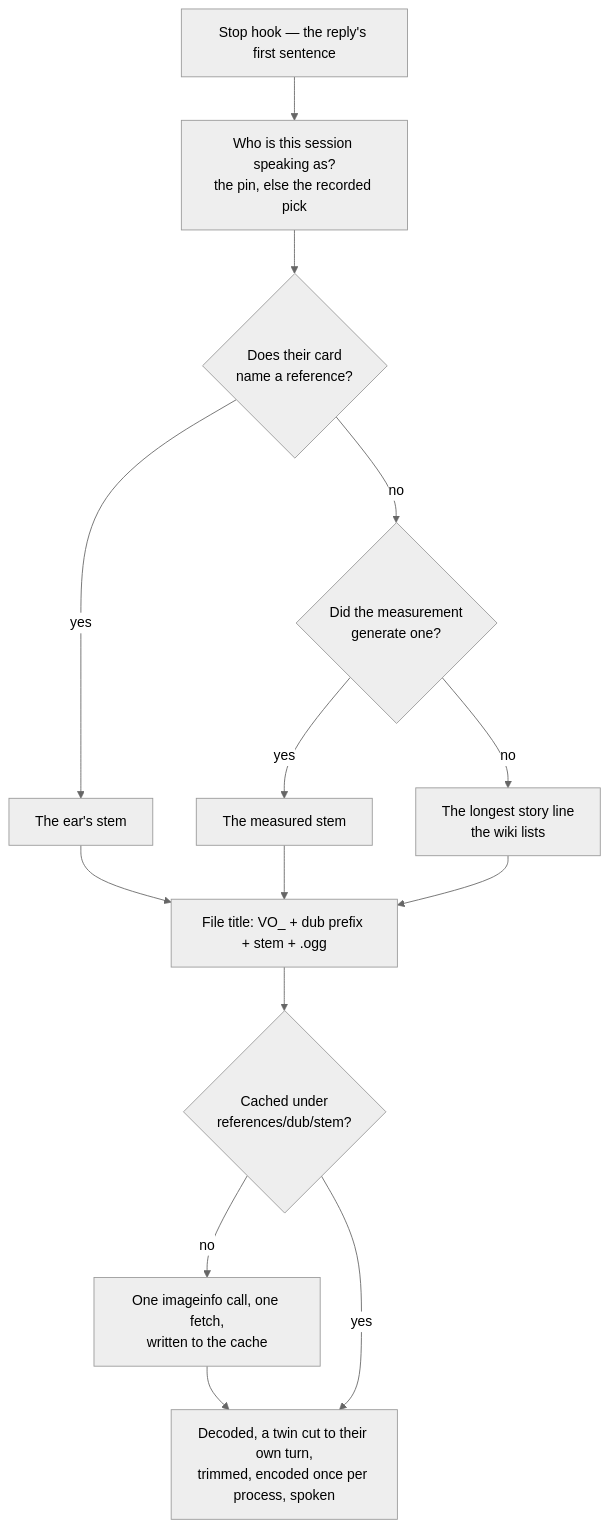
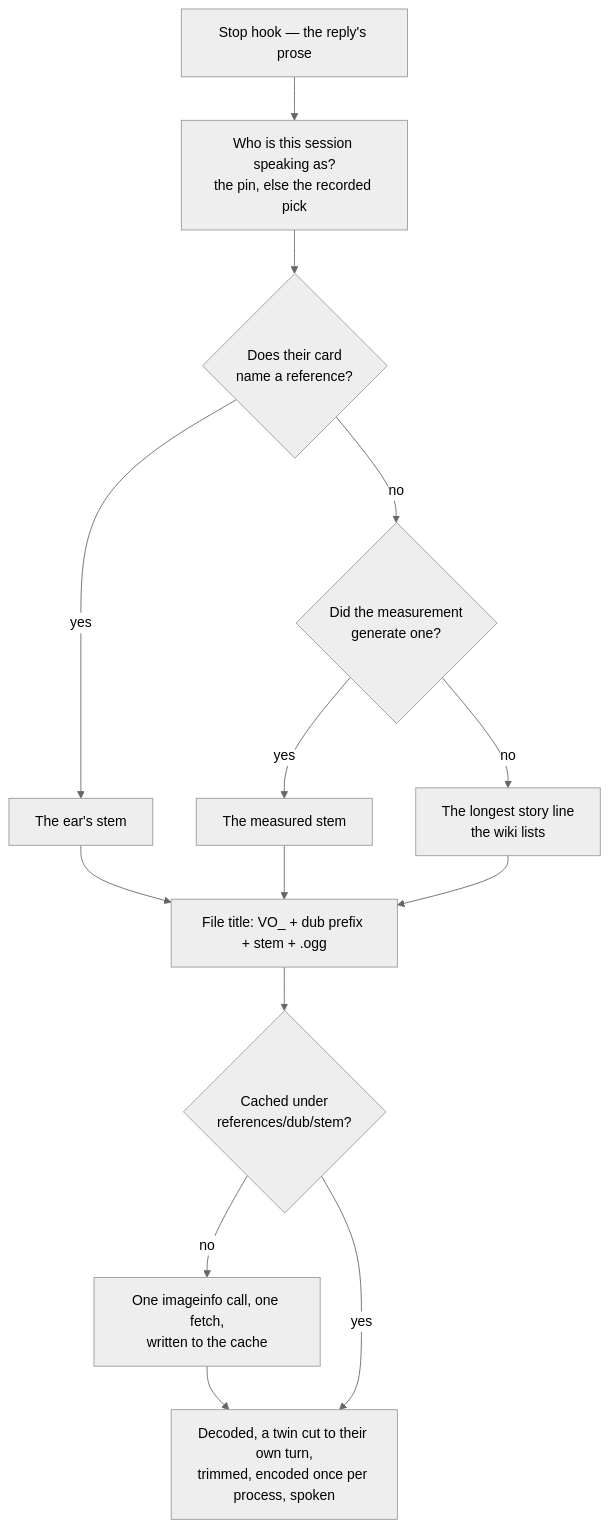
One commit to Esposter/Esposter changed the diagram in apps/web/content/docs/infra/claude-interface/per-character-voices.md. Above: the diagram before and after it, drawn with Mermaid (neutral theme). The commit also changed 7 other files, not shown here.

First line of the commit message:
docs(genshin-persona): the reading is a reply's prose streamed a sentence at a time, and the silence gate is what a session that hears nothing costs

````diff
--- a/apps/web/content/docs/infra/claude-interface/per-character-voices.md
+++ b/apps/web/content/docs/infra/claude-interface/per-character-voices.md
@@ -25,23 +25,23 @@
 ```mermaid
 flowchart TD
-    Reply["Stop hook — the reply's first sentence"]
+    Reply["Stop hook — the reply's prose"]
     Who["Who is this session speaking as?<br/>the pin, else the recorded pick"]
     Card{"Does their card<br/>name a reference?"}
     Map{"Did the measurement<br/>generate one?"}
     CardStem["The ear's stem"]
     MapStem["The measured stem"]
     Longest["The longest story line<br/>the wiki lists"]
     Title["File title: VO_ + dub prefix + stem + .ogg"]
     Cache{"Cached under<br/>references/dub/stem?"}
     Fetch["One imageinfo call, one fetch,<br/>written to the cache"]
     Clone["Decoded, a twin cut to their own turn,<br/>trimmed, encoded once per process, spoken"]
 
     Reply --> Who --> Card
     Card -- yes --> CardStem --> Title
     Card -- no --> Map
     Map -- yes --> MapStem --> Title
     Map -- no --> Longest --> Title
     Title --> Cache
     Cache -- no --> Fetch --> Clone
     Cache -- yes --> Clone
 ```
````
